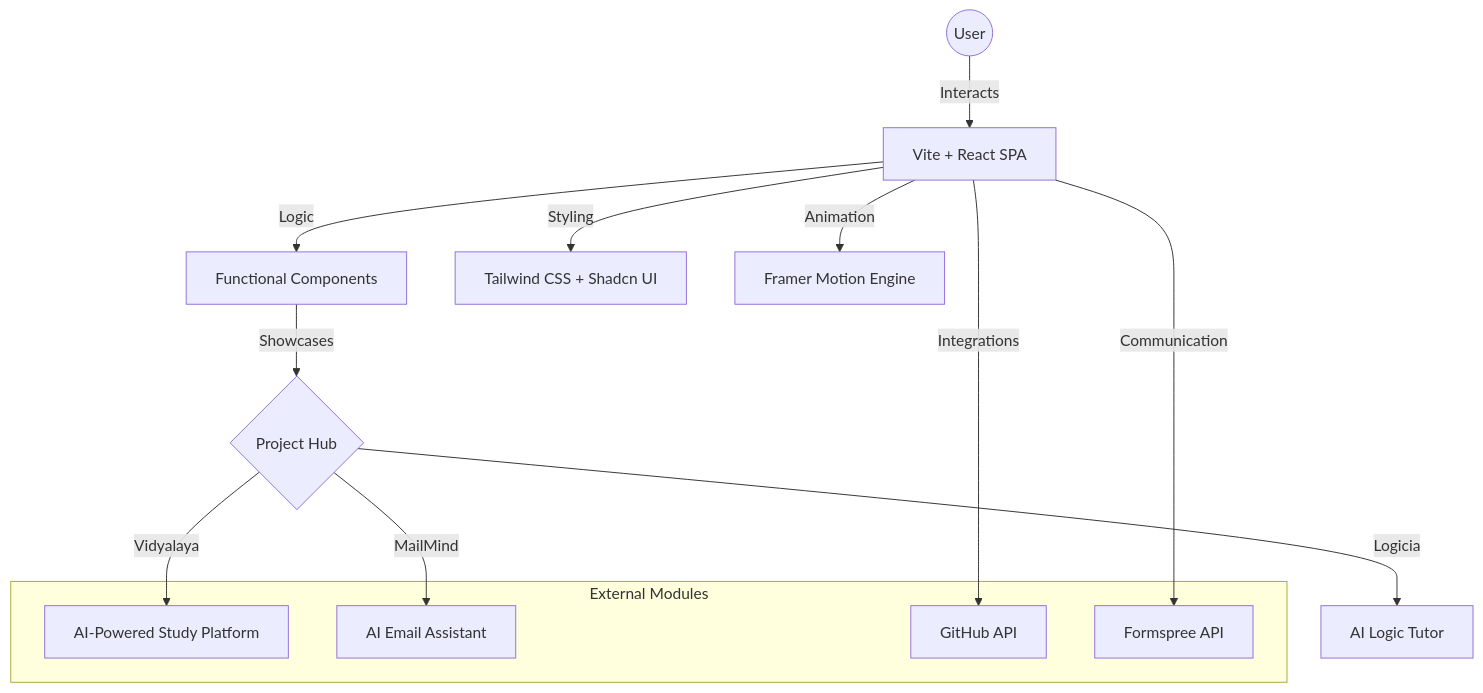
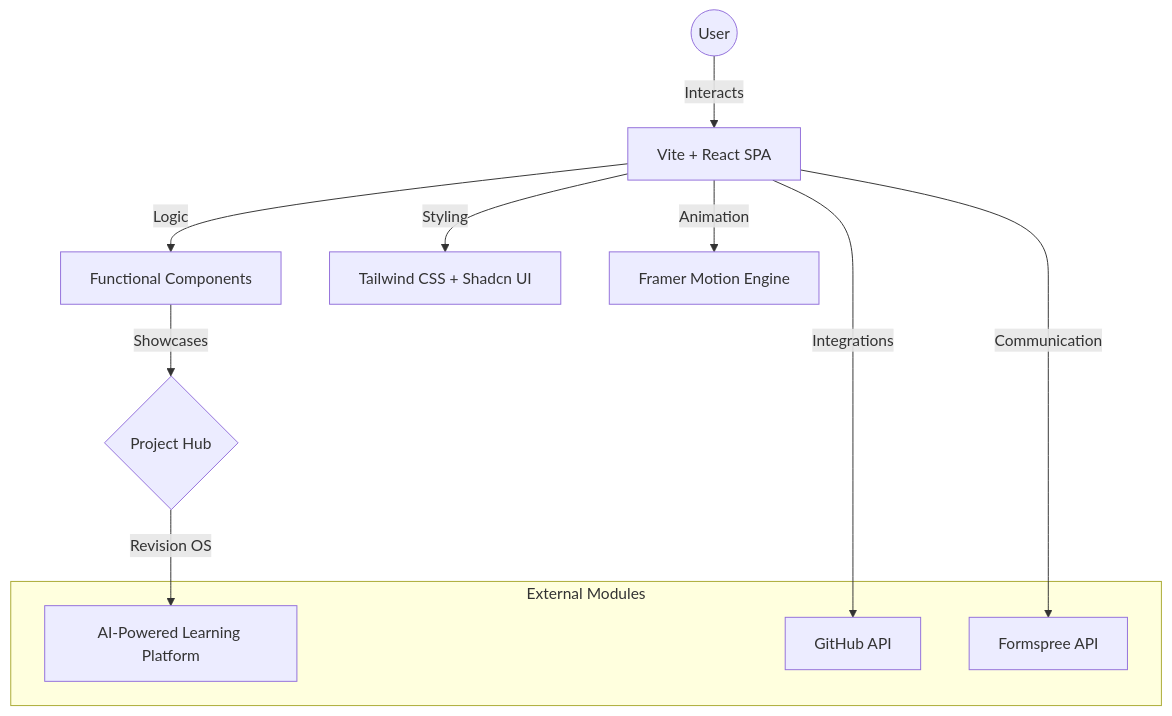
The first of 2 diagrams in README.md (rinkinisha/Portfolio), drawn with Mermaid before and after one commit. The commit also changed other lines of this file and 2 other files, not shown here.

Commit message:
Added project

````diff
--- a/README.md
+++ b/README.md
@@ -39,22 +39,19 @@
 ```mermaid
 graph TD
     User((User)) -->|Interacts| Frontend[Vite + React SPA]
     Frontend -->|Logic| Components[Functional Components]
     Frontend -->|Styling| Tailwind[Tailwind CSS + Shadcn UI]
     Frontend -->|Animation| Motion[Framer Motion Engine]
 
     Components -->|Showcases| ProjectHub{Project Hub}
-    ProjectHub -->|Vidyalaya| AIStudy[AI-Powered Study Platform]
-    ProjectHub -->|MailMind| AIEmail[AI Email Assistant]
-    ProjectHub -->|Logicia| AITutor[AI Logic Tutor]
+    ProjectHub -->|Revision OS| AISystem[AI-Powered Learning Platform]
 
     Frontend -->|Integrations| GitHub[GitHub API]
     Frontend -->|Communication| Formspree[Formspree API]
 
     subgraph "External Modules"
         GitHub
         Formspree
-        AIStudy
-        AIEmail
+        AISystem
     end
 ```
````
